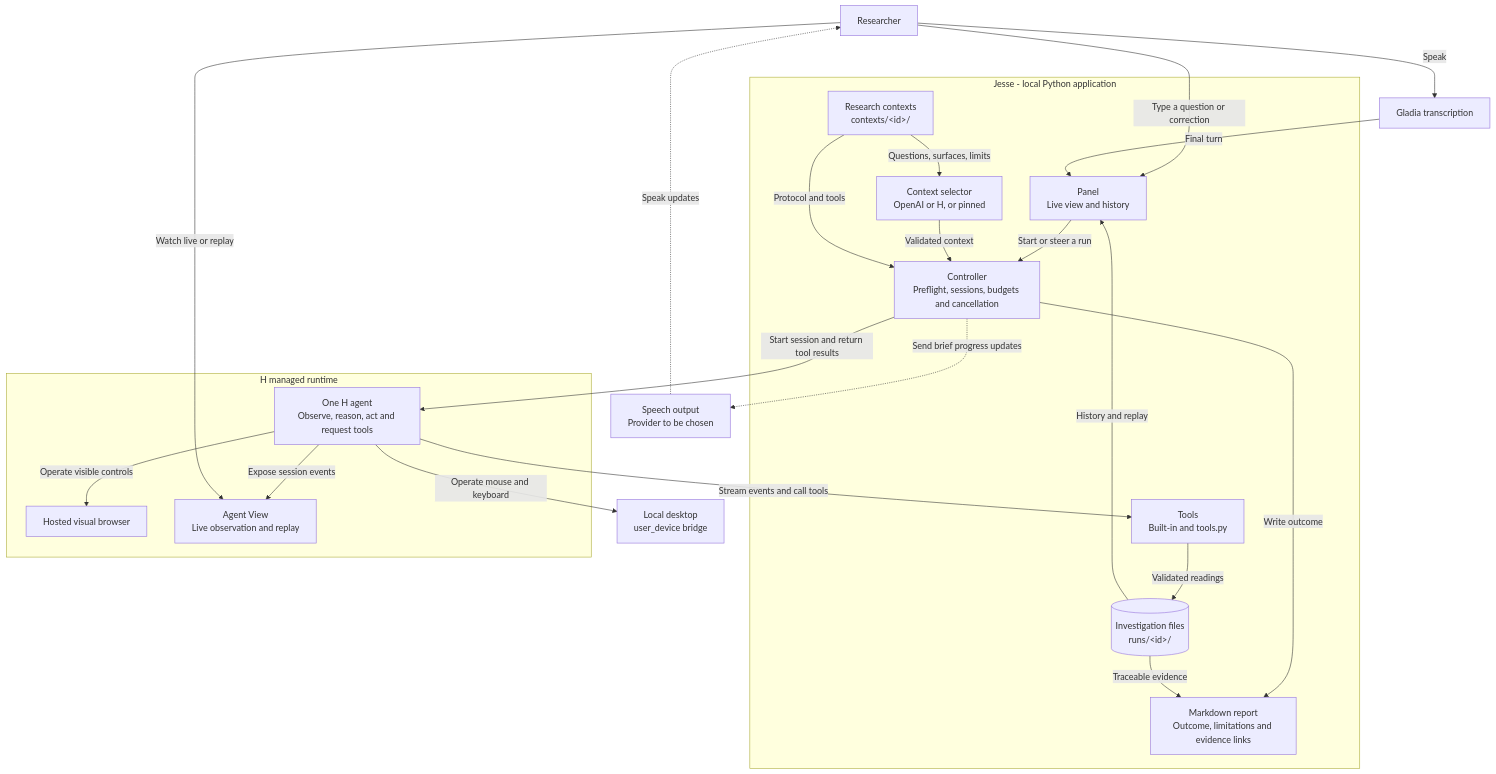
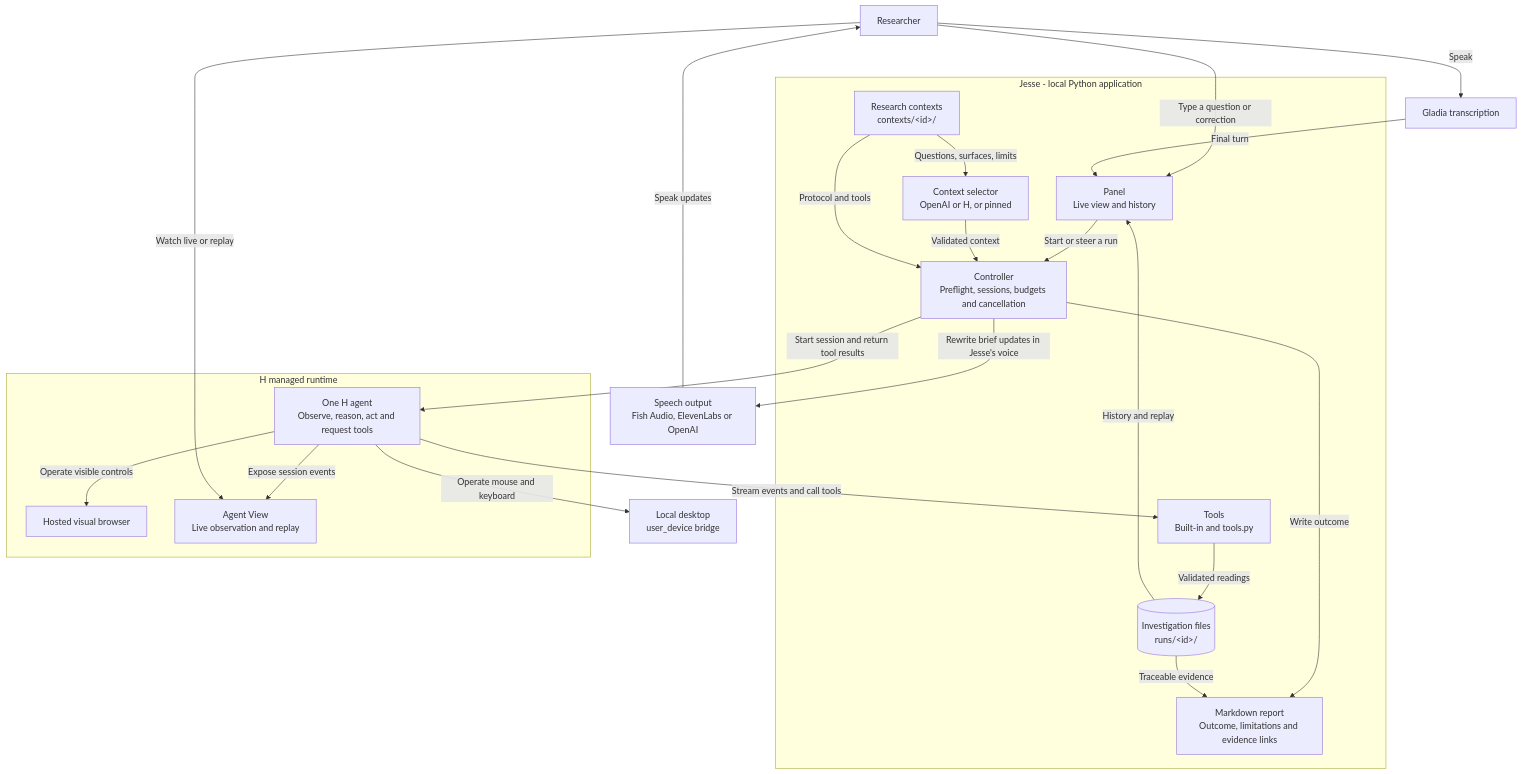
Before and after one commit to dirdr/Jesse: the diagram in AGENT.md, drawn with Mermaid. The commit also changed other lines of this file and 9 other files, not shown here.

Commit message:
feat(voice): add Pinkman personality and Fish Audio speech

````diff
--- a/AGENT.md
+++ b/AGENT.md
@@ -57,44 +57,44 @@
 ```mermaid
 flowchart TB
     U["Researcher"]
     G["Gladia transcription"]
-    T["Speech output<br/>Provider to be chosen"]
+    T["Speech output<br/>Fish Audio, ElevenLabs or OpenAI"]
 
     subgraph LOCAL["Jesse - local Python application"]
         X["Research contexts<br/>contexts/&lt;id&gt;/"]
         P["Context selector<br/>OpenAI or H, or pinned"]
         C["Controller<br/>Preflight, sessions, budgets and cancellation"]
         K["Tools<br/>Built-in and tools.py"]
         F[("Investigation files<br/>runs/&lt;id&gt;/")]
         O["Markdown report<br/>Outcome, limitations and evidence links"]
         Y["Panel<br/>Live view and history"]
     end
 
     subgraph HAPI["H managed runtime"]
         H["One H agent<br/>Observe, reason, act and request tools"]
         W["Hosted visual browser"]
         V["Agent View<br/>Live observation and replay"]
     end
 
     D["Local desktop<br/>user_device bridge"]
 
     U -->|"Type a question or correction"| Y
     U -->|"Speak"| G
     G -->|"Final turn"| Y
     Y -->|"Start or steer a run"| C
     X -->|"Questions, surfaces, limits"| P
     P -->|"Validated context"| C
     X -->|"Protocol and tools"| C
     C -->|"Start session and return tool results"| H
     H -->|"Stream events and call tools"| K
     K -->|"Validated readings"| F
     H -->|"Operate visible controls"| W
     H -->|"Operate mouse and keyboard"| D
     C -->|"Write outcome"| O
     F -->|"Traceable evidence"| O
     F -->|"History and replay"| Y
     H -->|"Expose session events"| V
     U -->|"Watch live or replay"| V
-    C -.->|"Send brief progress updates"| T
-    T -.->|"Speak updates"| U
+    C -->|"Rewrite brief updates in Jesse's voice"| T
+    T -->|"Speak updates"| U
 ```
````
